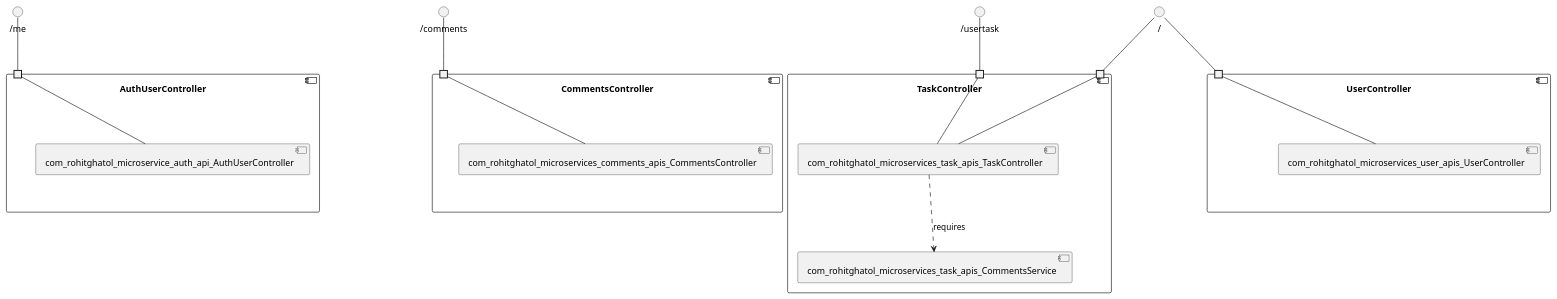
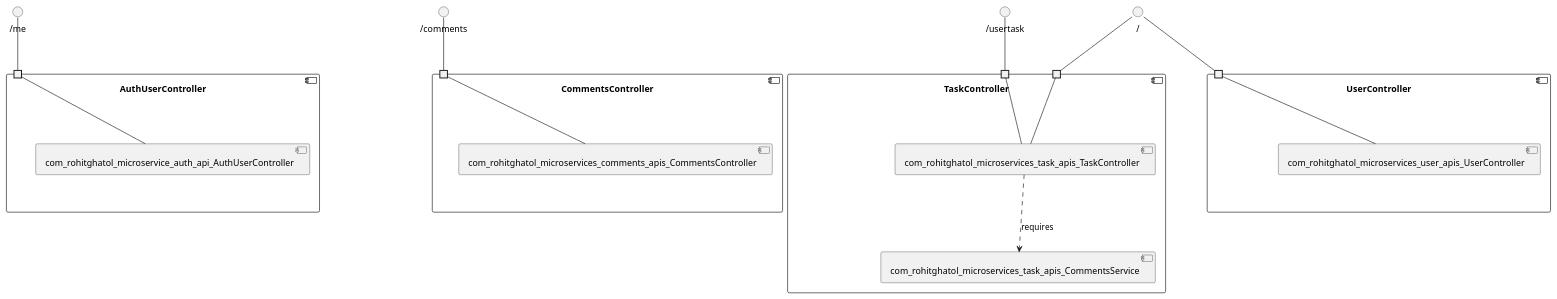
One commit to View-Based-Reverse-Engineering/Retriever-Benchmark changed the diagram in rohitghatol-spring-bootmicroservices/model_re/uml/componentDiagram.puml. Above: the diagram before and after it, drawn with PlantUML. The commit also changed other lines of this file and 173 other files, not shown here.

```diff
--- a/rohitghatol-spring-bootmicroservices/model_re/uml/componentDiagram.puml
+++ b/rohitghatol-spring-bootmicroservices/model_re/uml/componentDiagram.puml
@@ -1,38 +1,38 @@
 @startuml
 skinparam fixCircleLabelOverlapping true
 component "AuthUserController\n\n\n\n\n\n" {
 [com_rohitghatol_microservice_auth_api_AuthUserController]
 portin " " as AuthUserController.requires._me
 "AuthUserController.requires._me"--[com_rohitghatol_microservice_auth_api_AuthUserController]
 }
 interface "/me" as interface._me
 interface._me--"AuthUserController.requires._me"
 component "CommentsController\n\n\n\n\n\n" {
 [com_rohitghatol_microservices_comments_apis_CommentsController]
 portin " " as CommentsController.requires._comments
 "CommentsController.requires._comments"--[com_rohitghatol_microservices_comments_apis_CommentsController]
 }
 interface "/comments" as interface._comments
 interface._comments--"CommentsController.requires._comments"
 component "TaskController\n\n\n\n\n\n" {
+[com_rohitghatol_microservices_task_apis_CommentsService]
 [com_rohitghatol_microservices_task_apis_TaskController]
-[com_rohitghatol_microservices_task_apis_CommentsService]
+portin " " as TaskController.requires._
 portin " " as TaskController.requires._usertask
-portin " " as TaskController.requires._
 [com_rohitghatol_microservices_task_apis_TaskController]..>[com_rohitghatol_microservices_task_apis_CommentsService] : requires
 "TaskController.requires._usertask"--[com_rohitghatol_microservices_task_apis_TaskController]
 "TaskController.requires._"--[com_rohitghatol_microservices_task_apis_TaskController]
 }
 interface "/usertask" as interface._usertask
 interface._usertask--"TaskController.requires._usertask"
 interface "/" as interface._
 interface._--"TaskController.requires._"
 component "UserController\n\n\n\n\n\n" {
 [com_rohitghatol_microservices_user_apis_UserController]
 portin " " as UserController.requires._
 "UserController.requires._"--[com_rohitghatol_microservices_user_apis_UserController]
 }
 interface "/" as interface._
 interface._--"UserController.requires._"
 
 @enduml
```
